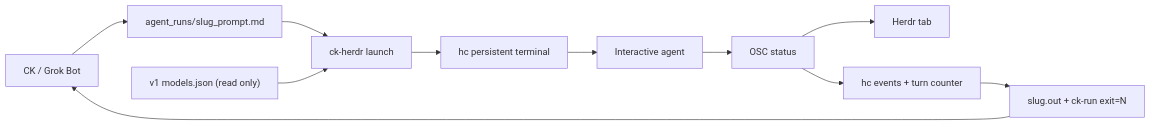
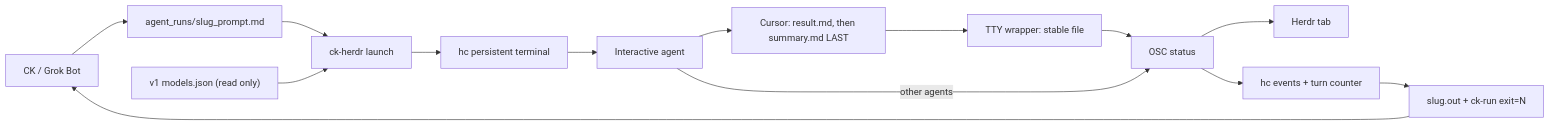
Before and after one commit to chalach49266/ck-herdr: the diagram in README.md, drawn with Mermaid. The commit also changed other lines of this file and 40 other files, not shown here.

Commit message:
Report Grok completion from stable summary files in Herdr

````diff
--- a/README.md
+++ b/README.md
@@ -8,13 +8,16 @@
 ```mermaid
 flowchart LR
     CK["CK / Grok Bot"] --> P["agent_runs/slug_prompt.md"]
     P --> L["ck-herdr launch"]
     M["v1 models.json (read only)"] --> L
     L --> H["hc persistent terminal"]
     H --> A["Interactive agent"]
-    A --> S["OSC status"]
+    A --> F["Cursor: result.md, then summary.md LAST"]
+    F --> B["TTY wrapper: stable file"]
+    B --> S["OSC status"]
+    A -->|other agents| S
     S --> UI["Herdr tab"]
     S --> W["hc events + turn counter"]
     W --> O["slug.out + ck-run exit=N"]
     O --> CK
 ```
````
